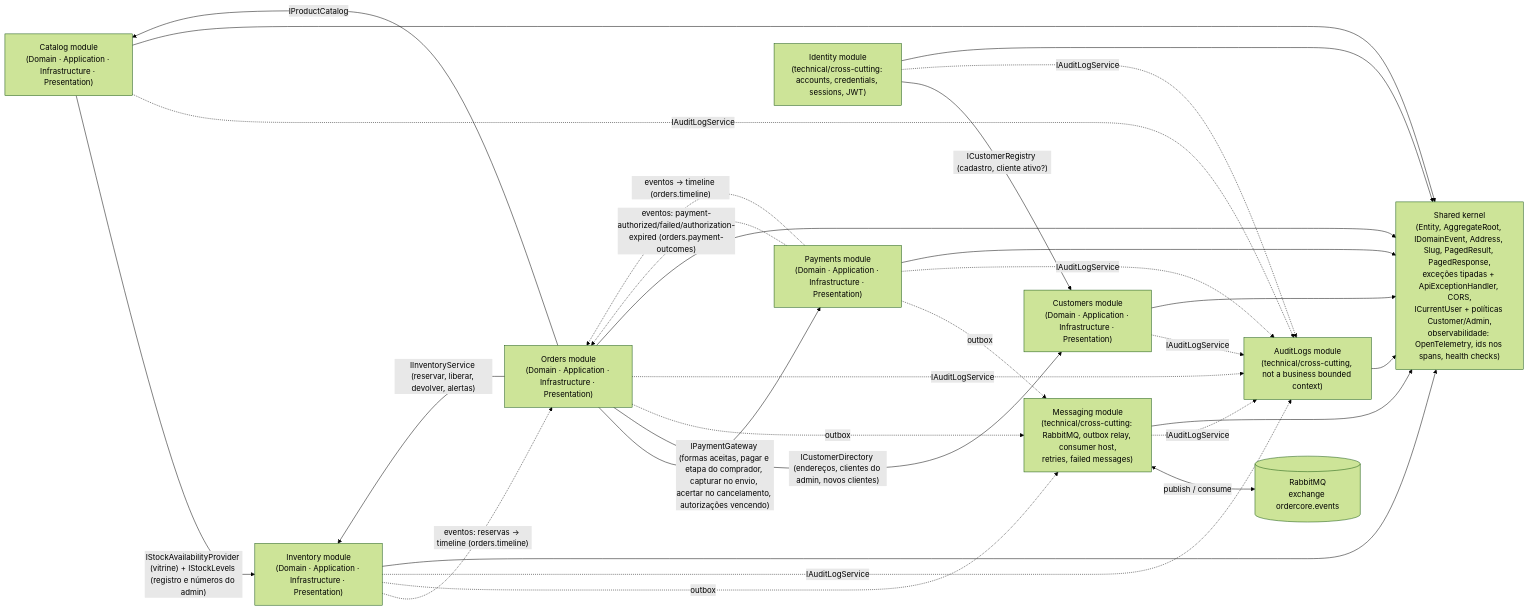
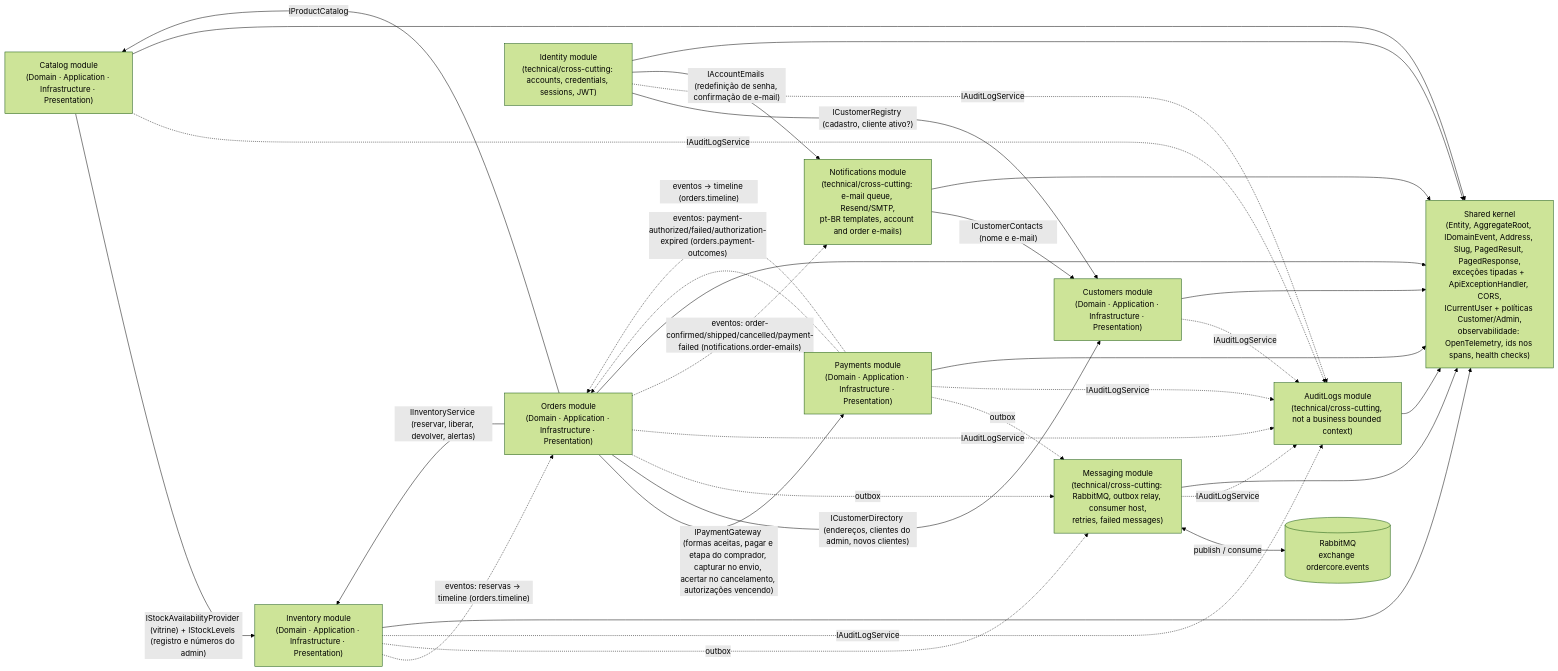
Before and after one commit to Leo-Slv/OrderCore: the diagram in Docs/diagrams/implementation-class/00-overview.md, drawn with Mermaid (forest theme). The commit also changed other lines of this file and 5 other files, not shown here.

Commit message:
docs(diagrams): Notifications module, account tokens and e-mail confirmation

````diff
--- a/Docs/diagrams/implementation-class/00-overview.md
+++ b/Docs/diagrams/implementation-class/00-overview.md
@@ -7,44 +7,49 @@
 ```mermaid
 graph LR
     Customers["Customers module\n(Domain · Application · Infrastructure · Presentation)"]
     Catalog["Catalog module\n(Domain · Application · Infrastructure · Presentation)"]
     Inventory["Inventory module\n(Domain · Application · Infrastructure · Presentation)"]
     Orders["Orders module\n(Domain · Application · Infrastructure · Presentation)"]
     Payments["Payments module\n(Domain · Application · Infrastructure · Presentation)"]
     AuditLogs["AuditLogs module\n(technical/cross-cutting, not a business bounded context)"]
     Identity["Identity module\n(technical/cross-cutting: accounts, credentials, sessions, JWT)"]
     Messaging["Messaging module\n(technical/cross-cutting: RabbitMQ, outbox relay, consumer host,\nretries, failed messages)"]
+    Notifications["Notifications module\n(technical/cross-cutting: e-mail queue, Resend/SMTP,\npt-BR templates, account and order e-mails)"]
     Broker[("RabbitMQ\nexchange ordercore.events")]
     Shared["Shared kernel\n(Entity, AggregateRoot, IDomainEvent, Address, Slug, PagedResult, PagedResponse,\nexceções tipadas + ApiExceptionHandler, CORS,\nICurrentUser + políticas Customer/Admin,
 observabilidade: OpenTelemetry, ids nos spans, health checks)"]
 
     Orders -->|IProductCatalog| Catalog
     Orders -->|"IInventoryService (reservar, liberar, devolver, alertas)"| Inventory
     Orders -->|"IPaymentGateway (formas aceitas, pagar e etapa do comprador, capturar no envio, acertar no cancelamento, autorizações vencendo)"| Payments
     Orders -->|"ICustomerDirectory (endereços, clientes do admin, novos clientes)"| Customers
     Catalog -->|"IStockAvailabilityProvider (vitrine) + IStockLevels (registro e números do admin)"| Inventory
     Payments -.->|"eventos: payment-authorized/failed/authorization-expired (orders.payment-outcomes)"| Orders
     Payments -.->|"eventos → timeline (orders.timeline)"| Orders
     Inventory -.->|"eventos: reservas → timeline (orders.timeline)"| Orders
     Payments -.->|outbox| Messaging
     Orders -.->|outbox| Messaging
     Inventory -.->|outbox| Messaging
     Messaging <-->|publish / consume| Broker
     Messaging -.->|IAuditLogService| AuditLogs
     Orders -.->|IAuditLogService| AuditLogs
     Payments -.->|IAuditLogService| AuditLogs
     Inventory -.->|IAuditLogService| AuditLogs
     Catalog -.->|IAuditLogService| AuditLogs
     Customers -.->|IAuditLogService| AuditLogs
     Identity -->|"ICustomerRegistry (cadastro, cliente ativo?)"| Customers
     Identity -.->|IAuditLogService| AuditLogs
+    Identity -->|"IAccountEmails (redefinição de senha, confirmação de e-mail)"| Notifications
+    Notifications -->|"ICustomerContacts (nome e e-mail)"| Customers
+    Orders -.->|"eventos: order-confirmed/shipped/cancelled/payment-failed (notifications.order-emails)"| Notifications
 
     Customers --> Shared
     Catalog --> Shared
     Inventory --> Shared
     Orders --> Shared
     Payments --> Shared
     AuditLogs --> Shared
     Identity --> Shared
     Messaging --> Shared
+    Notifications --> Shared
 ```
````
